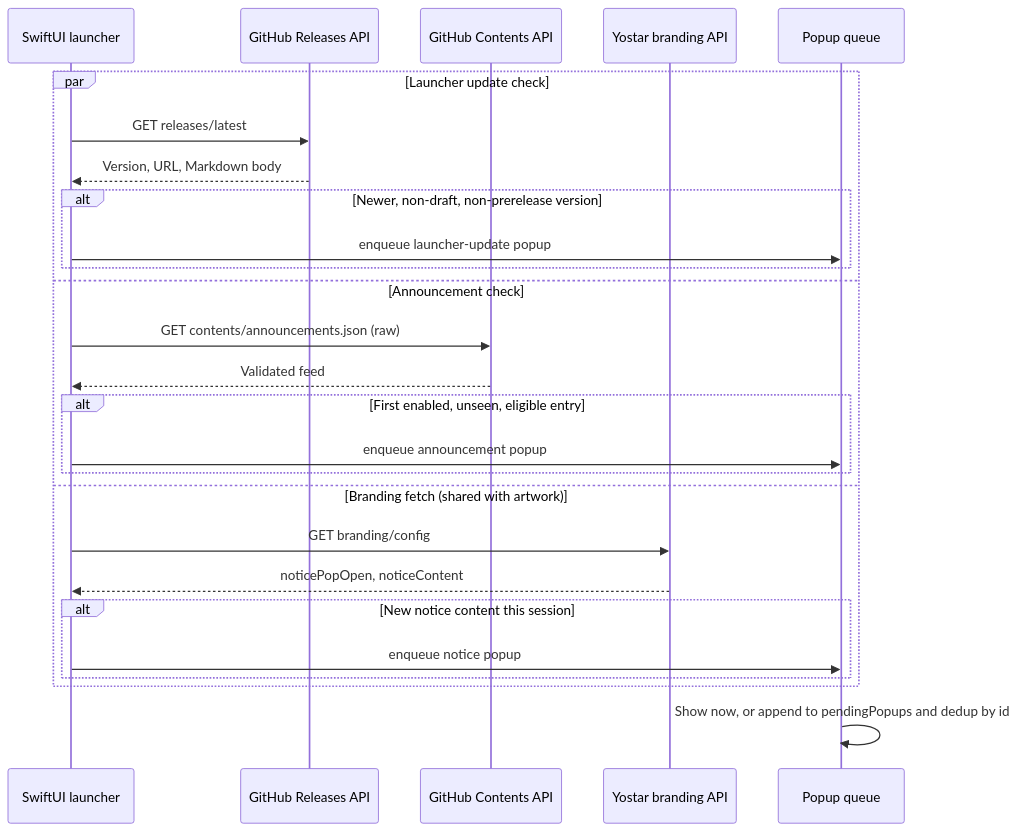
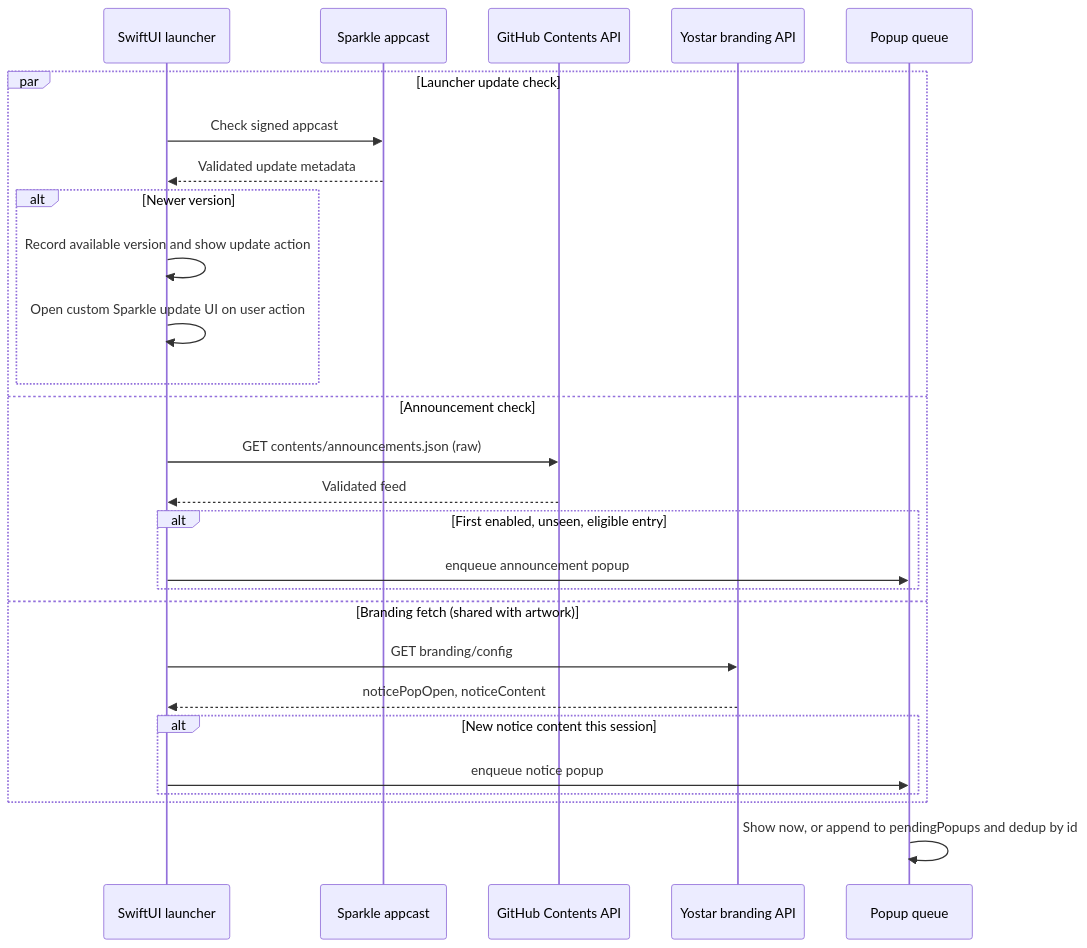
The fifth of 5 diagrams in docs/architecture.md (LuMiSxh/Arknights-MacOS-Client), drawn with Mermaid before and after one commit. The commit also changed other lines of this file and 53 other files, not shown here.

Commit message:
feat: add Sparkle launcher updates (#53)

````diff
--- a/docs/architecture.md
+++ b/docs/architecture.md
@@ -190,29 +192,30 @@
 ```mermaid
 sequenceDiagram
 	participant App as SwiftUI launcher
-	participant Releases as GitHub Releases API
+	participant Releases as Sparkle appcast
 	participant Contents as GitHub Contents API
 	participant Yostar as Yostar branding API
 	participant Queue as Popup queue
 
 	par Launcher update check
-		App->>Releases: GET releases/latest
-		Releases-->>App: Version, URL, Markdown body
-		alt Newer, non-draft, non-prerelease version
-			App->>Queue: enqueue launcher-update popup
+		App->>Releases: Check signed appcast
+		Releases-->>App: Validated update metadata
+		alt Newer version
+			App->>App: Record available version and show update action
+			App->>App: Open custom Sparkle update UI on user action
 		end
 	and Announcement check
 		App->>Contents: GET contents/announcements.json (raw)
 		Contents-->>App: Validated feed
 		alt First enabled, unseen, eligible entry
 			App->>Queue: enqueue announcement popup
 		end
 	and Branding fetch (shared with artwork)
 		App->>Yostar: GET branding/config
 		Yostar-->>App: noticePopOpen, noticeContent
 		alt New notice content this session
 			App->>Queue: enqueue notice popup
 		end
 	end
 	Queue->>Queue: Show now, or append to pendingPopups and dedup by id
 ```
````
